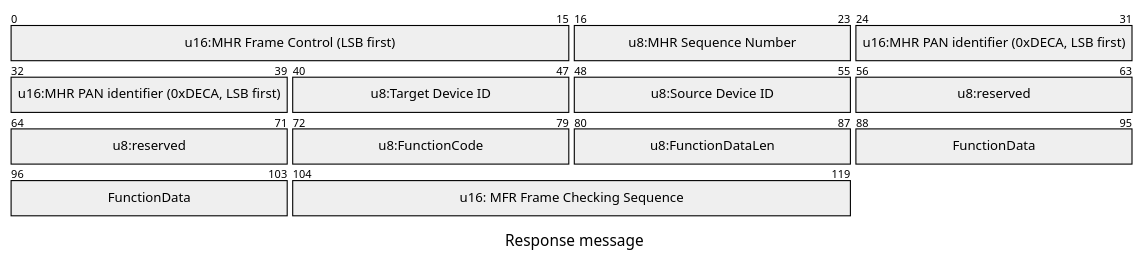
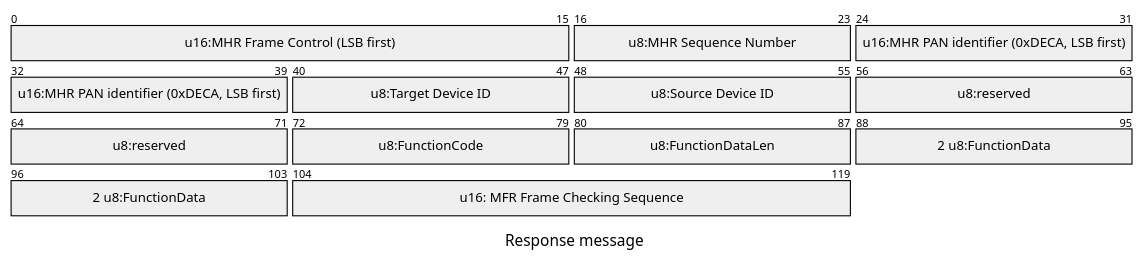
One commit to realzoulou/esphome-uwb-dw3000 changed the fourth of 5 diagrams in doc/how-it-works.md. Above: the diagram before and after it, drawn with Mermaid. The commit also changed other lines of this file, not shown here.

Commit message:
doc: How it works: Add FunctionCode/Data definitions

````diff
--- a/doc/how-it-works.md
+++ b/doc/how-it-works.md
@@ -121,21 +129,21 @@
 ```mermaid
 ---
 title: "Response message"
 config:
     packet:
         bitsPerRow: 32
         showBits: true
 ---
 packet-beta
 0-15: "u16:MHR Frame Control (LSB first)"
 16-23: "u8:MHR Sequence Number"
 24-39: "u16:MHR PAN identifier (0xDECA, LSB first)"
 40-47: "u8:Target Device ID"
 48-55: "u8:Source Device ID"
 56-63: "u8:reserved"
 64-71: "u8:reserved"
 72-79: "u8:FunctionCode"
 80-87: "u8:FunctionDataLen"
-88-103: "FunctionData"
+88-103: "2 u8:FunctionData"
 104-119: "u16: MFR Frame Checking Sequence"
 ```
````
